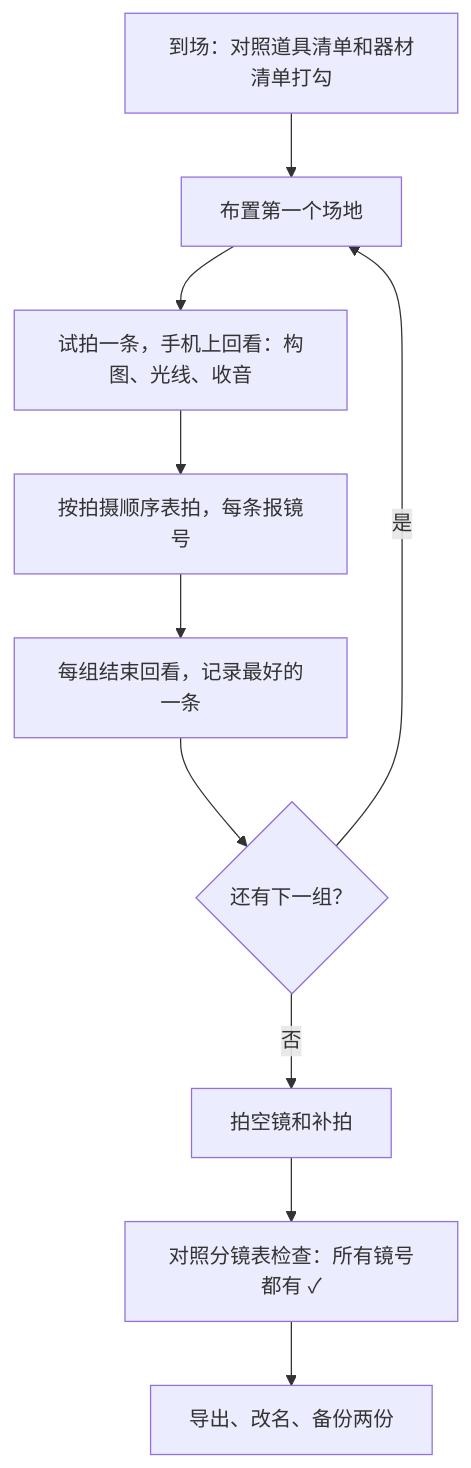
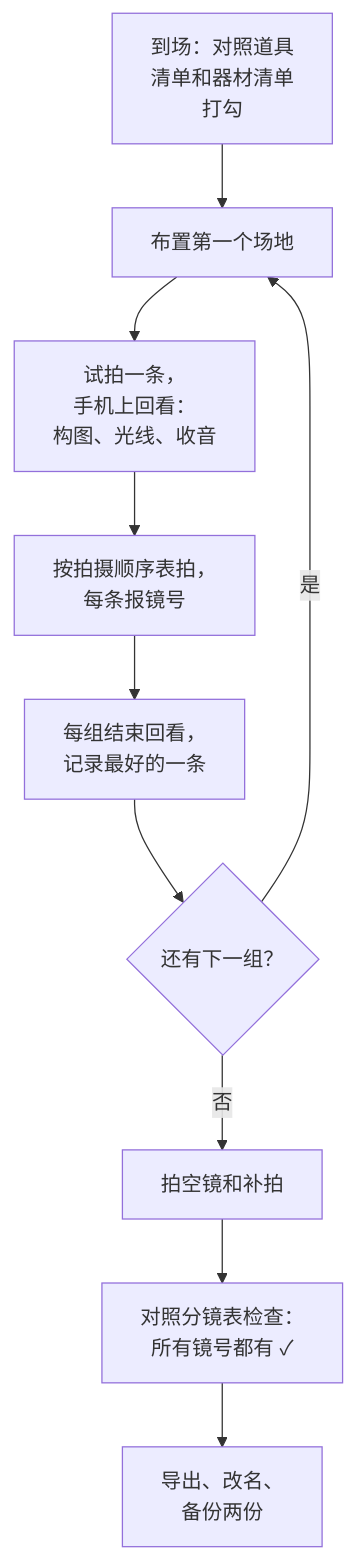
One commit to jarvis-pro/hatch-shelf changed the second of 2 diagrams in books/video-script-storyboard/06-shooting-plan.md. Above: the diagram before and after it, drawn with Mermaid. The commit also changed other lines of this file and 432 other files, not shown here.

````diff
--- a/books/video-script-storyboard/06-shooting-plan.md
+++ b/books/video-script-storyboard/06-shooting-plan.md
@@ -225,12 +225,12 @@
 ```mermaid
 flowchart TD
-  A["到场：对照道具清单和器材清单打勾"] --> B["布置第一个场地"]
-  B --> C["试拍一条，手机上回看：构图、光线、收音"]
-  C --> D["按拍摄顺序表拍，每条报镜号"]
-  D --> E["每组结束回看，记录最好的一条"]
+  A["到场：对照道具<br/>清单和器材清单<br/>打勾"] --> B["布置第一个场地"]
+  B --> C["试拍一条，<br/>手机上回看：<br/>构图、光线、收音"]
+  C --> D["按拍摄顺序表拍，<br/>每条报镜号"]
+  D --> E["每组结束回看，<br/>记录最好的一条"]
   E --> F{"还有下一组？"}
   F -->|是| B
   F -->|否| G["拍空镜和补拍"]
-  G --> H["对照分镜表检查：所有镜号都有 ✓"]
-  H --> I["导出、改名、备份两份"]
+  G --> H["对照分镜表检查：<br/>所有镜号都有 ✓"]
+  H --> I["导出、改名、<br/>备份两份"]
 ```
````
